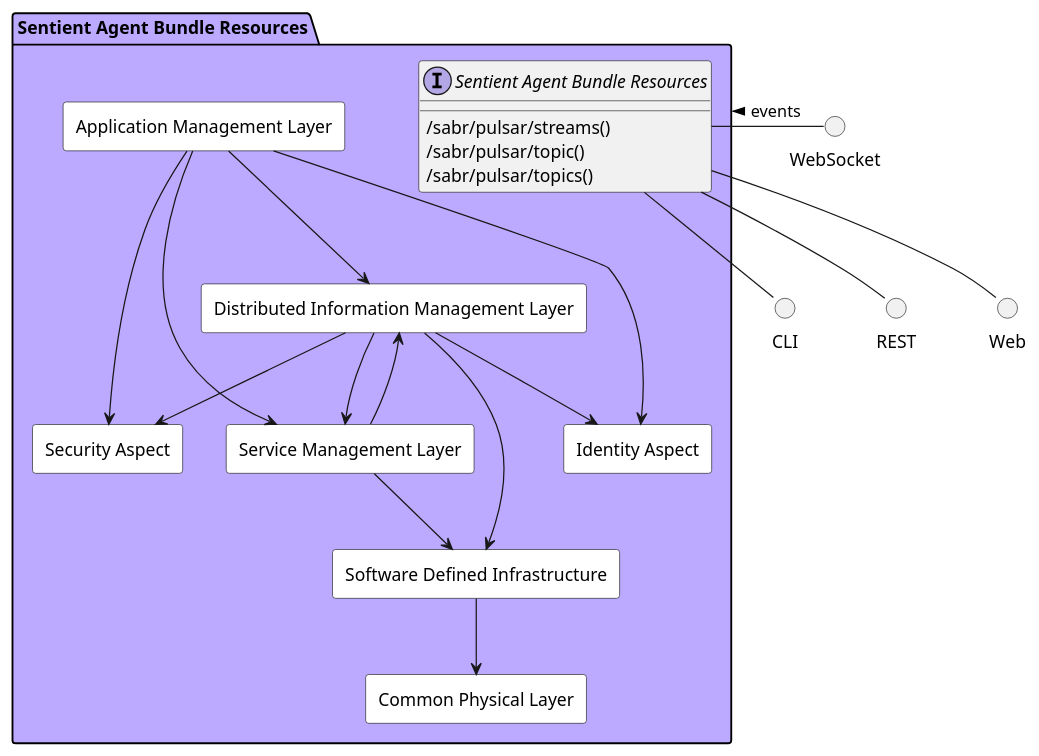
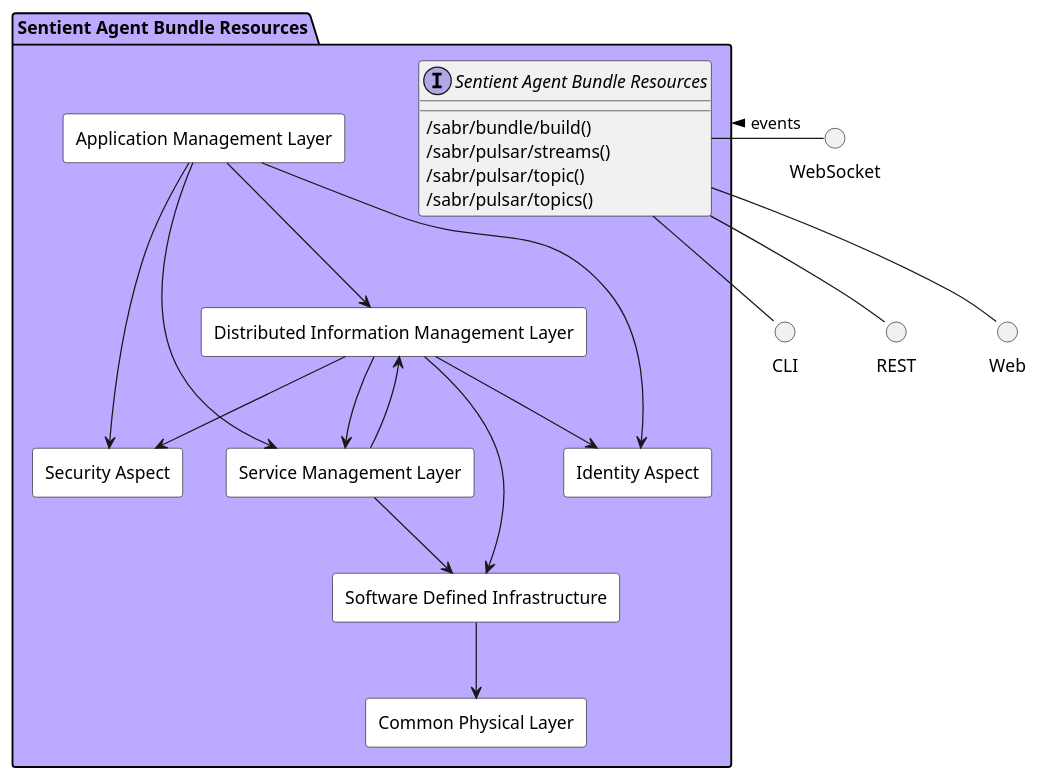
Before and after one commit to madajaju/sabr: the diagram in docs/sabr/subpackage.puml, drawn with PlantUML. The commit also changed 413 other files, not shown here.

```diff
--- a/docs/sabr/subpackage.puml
+++ b/docs/sabr/subpackage.puml
@@ -1,76 +1,77 @@
 @startuml
 
 
 
 package "Sentient Agent Bundle Resources" #bbaaff {
 
     interface "Sentient Agent Bundle Resources" as i {
     
+            /sabr/bundle/build()
             /sabr/pulsar/streams()
             /sabr/pulsar/topic()
             /sabr/pulsar/topics()
     
     }
 }
 
 circle REST
 circle Web
 circle CLI
 circle WebSocket
 
 i -down- Web
 i -down- CLI
 i -down- REST
 WebSocket -left- i: events >
 
 package "Sentient Agent Bundle Resources" #bbaaff {
 
 
 rectangle "Application Management Layer" #white {
 }
 
 rectangle "Common Physical Layer" #white {
 }
 
 rectangle "Distributed Information Management Layer" #white {
 }
 
 rectangle "Identity Aspect" #white {
 }
 
 rectangle "Security Aspect" #white {
 }
 
 rectangle "Service Management Layer" #white {
 }
 
 rectangle "Software Defined Infrastructure" #white {
 }
 
     "Application Management Layer" --> "Distributed Information Management Layer"
     
     "Application Management Layer" --> "Service Management Layer"
     
     "Application Management Layer" --> "Security Aspect"
     
     "Application Management Layer" --> "Identity Aspect"
     
     "Distributed Information Management Layer" --> "Software Defined Infrastructure"
     
     "Distributed Information Management Layer" --> "Service Management Layer"
     
     "Distributed Information Management Layer" --> "Security Aspect"
     
     "Distributed Information Management Layer" --> "Identity Aspect"
     
     "Service Management Layer" --> "Software Defined Infrastructure"
     
     "Service Management Layer" --> "Distributed Information Management Layer"
     
     "Software Defined Infrastructure" --> "Common Physical Layer"
     
 }
 
 
 
 @enduml
```
